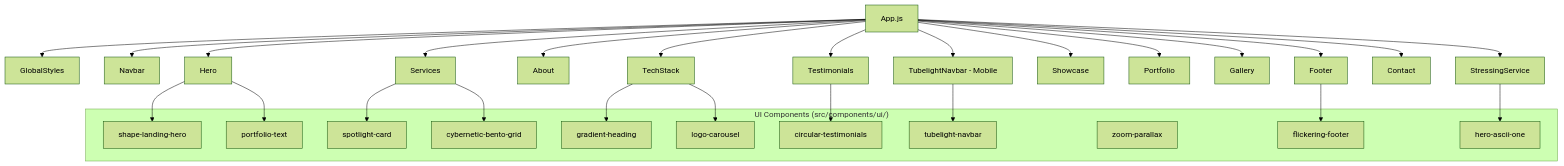
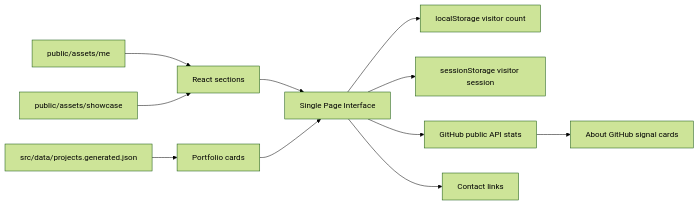
One commit to el-pablos/portome changed the second of 2 diagrams in README.md. Above: the diagram before and after it, drawn with Mermaid (forest theme). The commit also changed other lines of this file, not shown here.

Commit message:
docs: tulis readme lengkap portfolio baru

````diff
--- a/README.md
+++ b/README.md
@@ -27,42 +159,13 @@
 ```mermaid
-graph TD
-    A[App.js] --> B[GlobalStyles]
-    A --> C[Navbar]
-    A --> D[TubelightNavbar - Mobile]
-    A --> E[Hero]
-    A --> F[About]
-    A --> G[TechStack]
-    A --> H[Services]
-    A --> I[StressingService]
-    A --> J[Showcase]
-    A --> K[Portfolio]
-    A --> L[Gallery]
-    A --> M[Testimonials]
-    A --> N[Contact]
-    A --> O[Footer]
-
-    subgraph "UI Components (src/components/ui/)"
-        P[shape-landing-hero]
-        Q[portfolio-text]
-        R[spotlight-card]
-        S[cybernetic-bento-grid]
-        T[gradient-heading]
-        U[logo-carousel]
-        V[circular-testimonials]
-        W[tubelight-navbar]
-        X[zoom-parallax]
-        Y[flickering-footer]
-        Z[hero-ascii-one]
-    end
-
-    E --> P
-    E --> Q
-    H --> R
-    H --> S
-    G --> T
-    G --> U
-    M --> V
-    D --> W
-    O --> Y
-    I --> Z
+flowchart LR
+    A[public/assets/me] --> D[React sections]
+    B[public/assets/showcase] --> D
+    C[src/data/projects.generated.json] --> P[Portfolio cards]
+    D --> UI[Single Page Interface]
+    P --> UI
+    UI --> S[localStorage visitor count]
+    UI --> T[sessionStorage visitor session]
+    UI --> G[GitHub public API stats]
+    G --> A2[About GitHub signal cards]
+    UI --> C2[Contact links]
 ```
````
